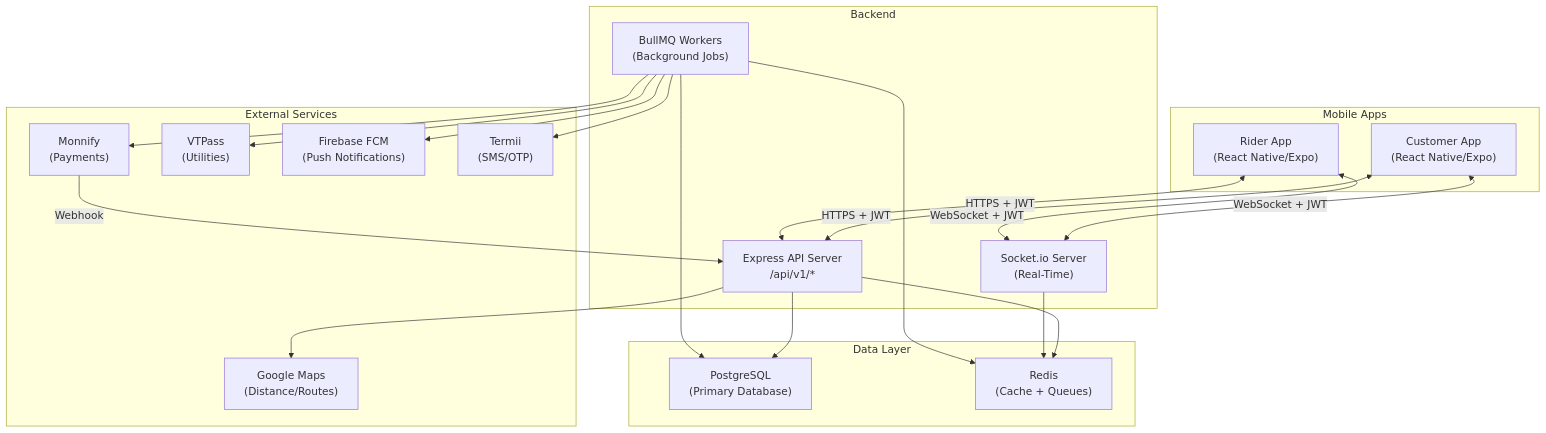
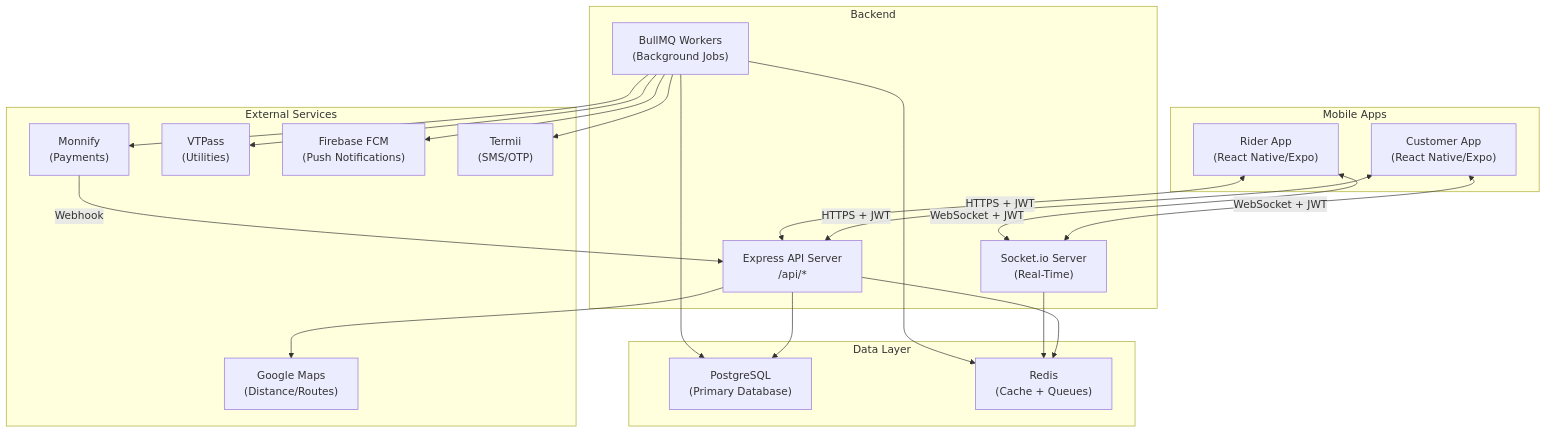
One commit to bishirtijjani/logistics changed the first of 5 diagrams in docs/ARCHITECTURE.md. Above: the diagram before and after it, drawn with Mermaid. The commit also changed other lines of this file and 116 other files, not shown here.

````diff
--- a/docs/ARCHITECTURE.md
+++ b/docs/ARCHITECTURE.md
@@ -5,45 +5,45 @@
 ```mermaid
 graph TB
     subgraph Mobile Apps
         CA["Customer App<br/>(React Native/Expo)"]
         RA["Rider App<br/>(React Native/Expo)"]
     end
 
     subgraph Backend
-        API["Express API Server<br/>/api/v1/*"]
+        API["Express API Server<br/>/api/*"]
         WS["Socket.io Server<br/>(Real-Time)"]
         BQ["BullMQ Workers<br/>(Background Jobs)"]
     end
 
     subgraph Data Layer
         PG["PostgreSQL<br/>(Primary Database)"]
         RD["Redis<br/>(Cache + Queues)"]
     end
 
     subgraph External Services
         MN["Monnify<br/>(Payments)"]
         VT["VTPass<br/>(Utilities)"]
         GM["Google Maps<br/>(Distance/Routes)"]
         FCM["Firebase FCM<br/>(Push Notifications)"]
         TM["Termii<br/>(SMS/OTP)"]
     end
 
     CA <-->|HTTPS + JWT| API
     CA <-->|WebSocket + JWT| WS
     RA <-->|HTTPS + JWT| API
     RA <-->|WebSocket + JWT| WS
 
     API --> PG
     API --> RD
     WS --> RD
     BQ --> PG
     BQ --> RD
 
     BQ --> MN
     BQ --> VT
     BQ --> FCM
     BQ --> TM
     API --> GM
 
     MN -->|Webhook| API
 ```
````
